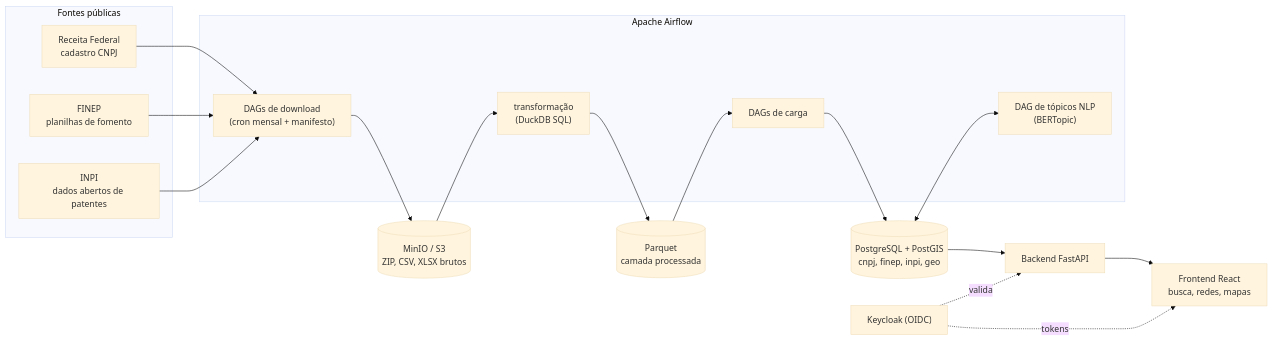
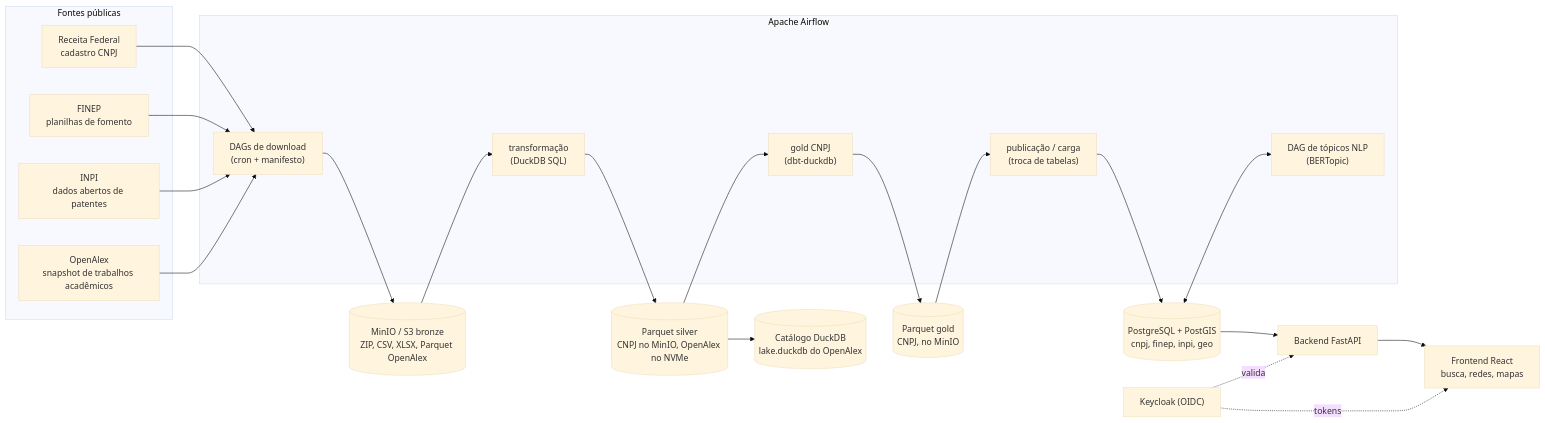
The diagram in README.pt-BR.md (rodfileto/osint-platform), drawn with Mermaid (base theme) before and after one commit. The commit also changed other lines of this file and 2 other files, not shown here.

First line of the commit message:
Document the gold layer and the OpenAlex lake in the READMEs

````diff
--- a/README.pt-BR.md
+++ b/README.pt-BR.md
@@ -59,29 +59,34 @@
 ```mermaid
 flowchart LR
     subgraph Sources["Fontes públicas"]
         RF["Receita Federal<br/>cadastro CNPJ"]
         FINEP["FINEP<br/>planilhas de fomento"]
         INPI["INPI<br/>dados abertos de patentes"]
+        OPENALEX["OpenAlex<br/>snapshot de trabalhos acadêmicos"]
     end
 
     subgraph Airflow["Apache Airflow"]
-        DL["DAGs de download<br/>(cron mensal + manifesto)"]
+        DL["DAGs de download<br/>(cron + manifesto)"]
         TR["transformação<br/>(DuckDB SQL)"]
-        LD["DAGs de carga"]
+        GOLD["gold CNPJ<br/>(dbt-duckdb)"]
+        LD["publicação / carga<br/>(troca de tabelas)"]
         NLP["DAG de tópicos NLP<br/>(BERTopic)"]
     end
 
-    RAW[("MinIO / S3<br/>ZIP, CSV, XLSX brutos")]
-    PQ[("Parquet<br/>camada processada")]
+    RAW[("MinIO / S3 bronze<br/>ZIP, CSV, XLSX, Parquet OpenAlex")]
+    PQ[("Parquet silver<br/>CNPJ no MinIO, OpenAlex no NVMe")]
+    GQ[("Parquet gold<br/>CNPJ, no MinIO")]
+    CAT[("Catálogo DuckDB<br/>lake.duckdb do OpenAlex")]
     PG[("PostgreSQL + PostGIS<br/>cnpj, finep, inpi, geo")]
     API["Backend FastAPI"]
     UI["Frontend React<br/>busca, redes, mapas"]
     KC["Keycloak (OIDC)"]
 
-    RF & FINEP & INPI --> DL --> RAW --> TR --> PQ --> LD
-    LD --> PG
+    RF & FINEP & INPI & OPENALEX --> DL --> RAW --> TR --> PQ
+    PQ --> GOLD --> GQ --> LD --> PG
+    PQ --> CAT
     PG <--> NLP
     PG --> API --> UI
     KC -. tokens .-> UI
     KC -. valida .-> API
 ```
````
